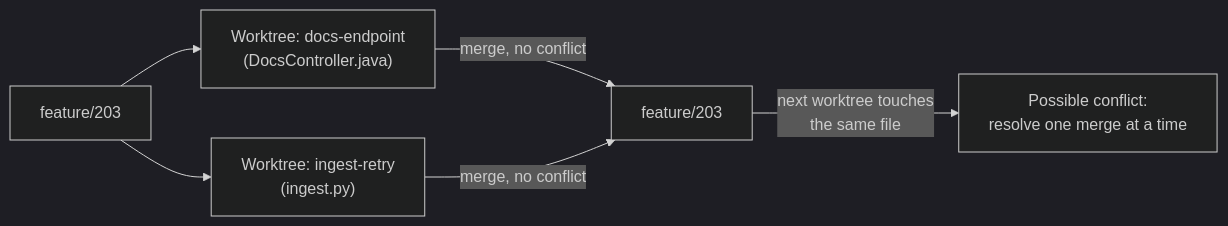
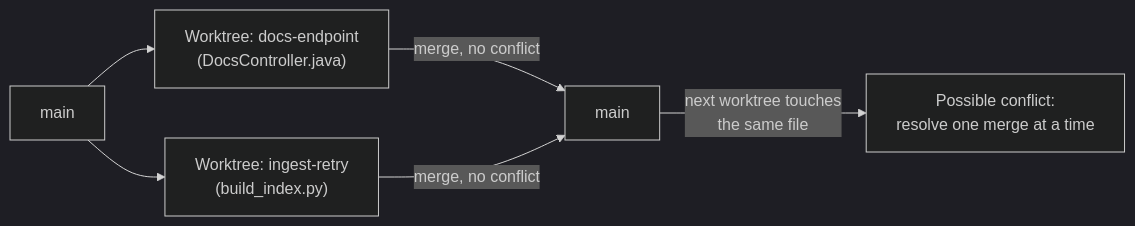
The diagram in modules/ROOT/pages/ai/ai-assisted-development/parallel-sessions-and-worktrees.adoc (albertoirurueta/docs), drawn with Mermaid (dark theme) before and after one commit. The commit also changed other lines of this file and 20 other files, not shown here.

```diff
--- a/modules/ROOT/pages/ai/ai-assisted-development/parallel-sessions-and-worktrees.adoc
+++ b/modules/ROOT/pages/ai/ai-assisted-development/parallel-sessions-and-worktrees.adoc
@@ -195,9 +205,9 @@
 [mermaid]
 ....
 flowchart LR
-    M["feature/203"] --> W1["Worktree: docs-endpoint\n(DocsController.java)"]
-    M --> W2["Worktree: ingest-retry\n(ingest.py)"]
-    W1 -->|merge, no conflict| M2["feature/203"]
+    M["main"] --> W1["Worktree: docs-endpoint\n(DocsController.java)"]
+    M --> W2["Worktree: ingest-retry\n(build_index.py)"]
+    W1 -->|merge, no conflict| M2["main"]
     W2 -->|merge, no conflict| M2
     M2 -->|next worktree touches\nthe same file| C["Possible conflict:\nresolve one merge at a time"]
 ....
```
